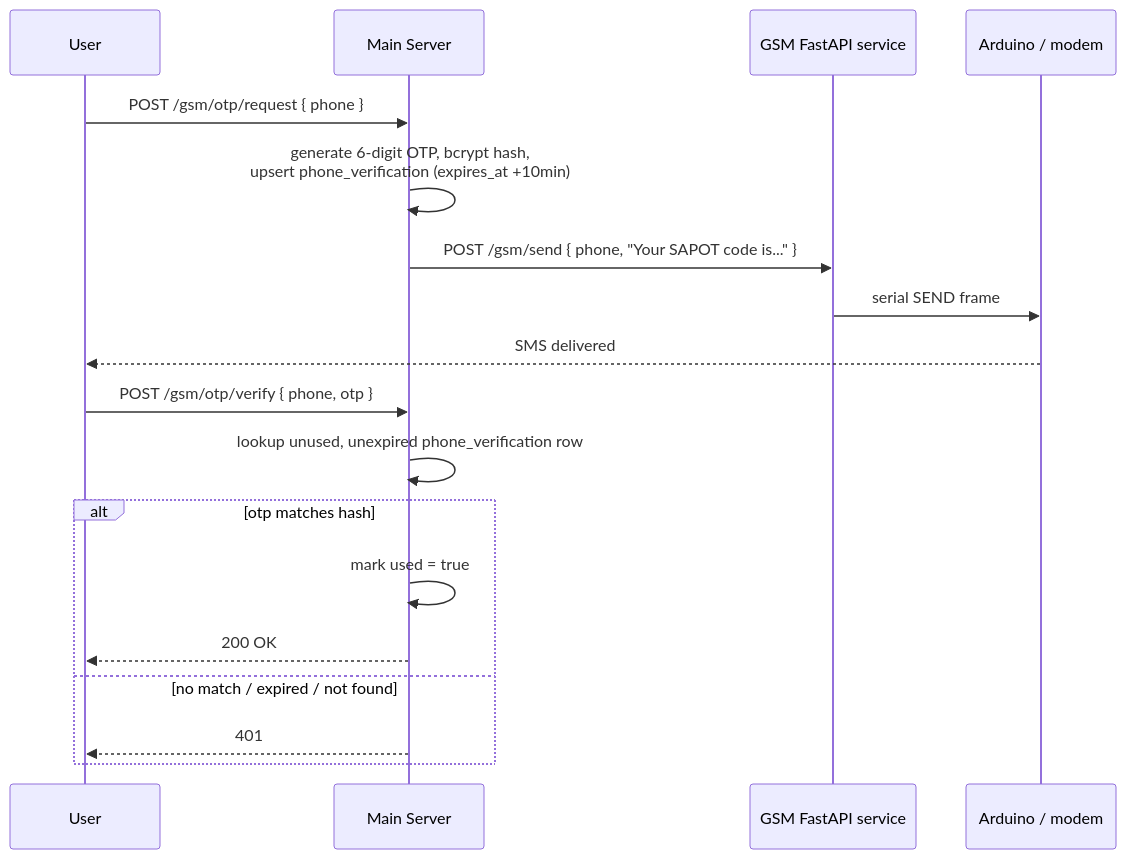
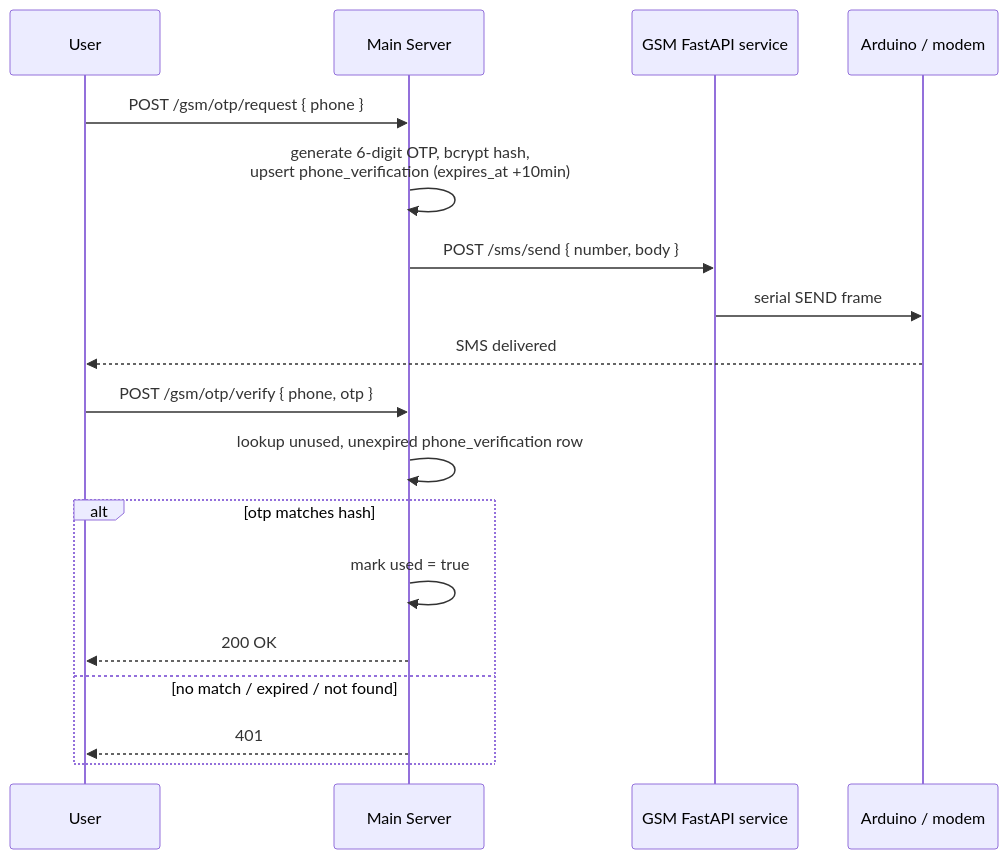
The second of 2 diagrams in docs/features/sms-gateway/design.md (SAPOT-System/YLP-software), drawn with Mermaid before and after one commit. The commit also changed other lines of this file and 8 other files, not shown here.

````diff
--- a/docs/features/sms-gateway/design.md
+++ b/docs/features/sms-gateway/design.md
@@ -174,22 +148,22 @@
 ```mermaid
 sequenceDiagram
     participant User
     participant Main as Main Server
     participant GSM as GSM FastAPI service
     participant Ard as Arduino / modem
 
     User->>Main: POST /gsm/otp/request { phone }
     Main->>Main: generate 6-digit OTP, bcrypt hash,<br/>upsert phone_verification (expires_at +10min)
-    Main->>GSM: POST /gsm/send { phone, "Your SAPOT code is..." }
+    Main->>GSM: POST /sms/send { number, body }
     GSM->>Ard: serial SEND frame
     Ard-->>User: SMS delivered
 
     User->>Main: POST /gsm/otp/verify { phone, otp }
     Main->>Main: lookup unused, unexpired phone_verification row
     alt otp matches hash
         Main->>Main: mark used = true
         Main-->>User: 200 OK
     else no match / expired / not found
         Main-->>User: 401
     end
 ```
````
